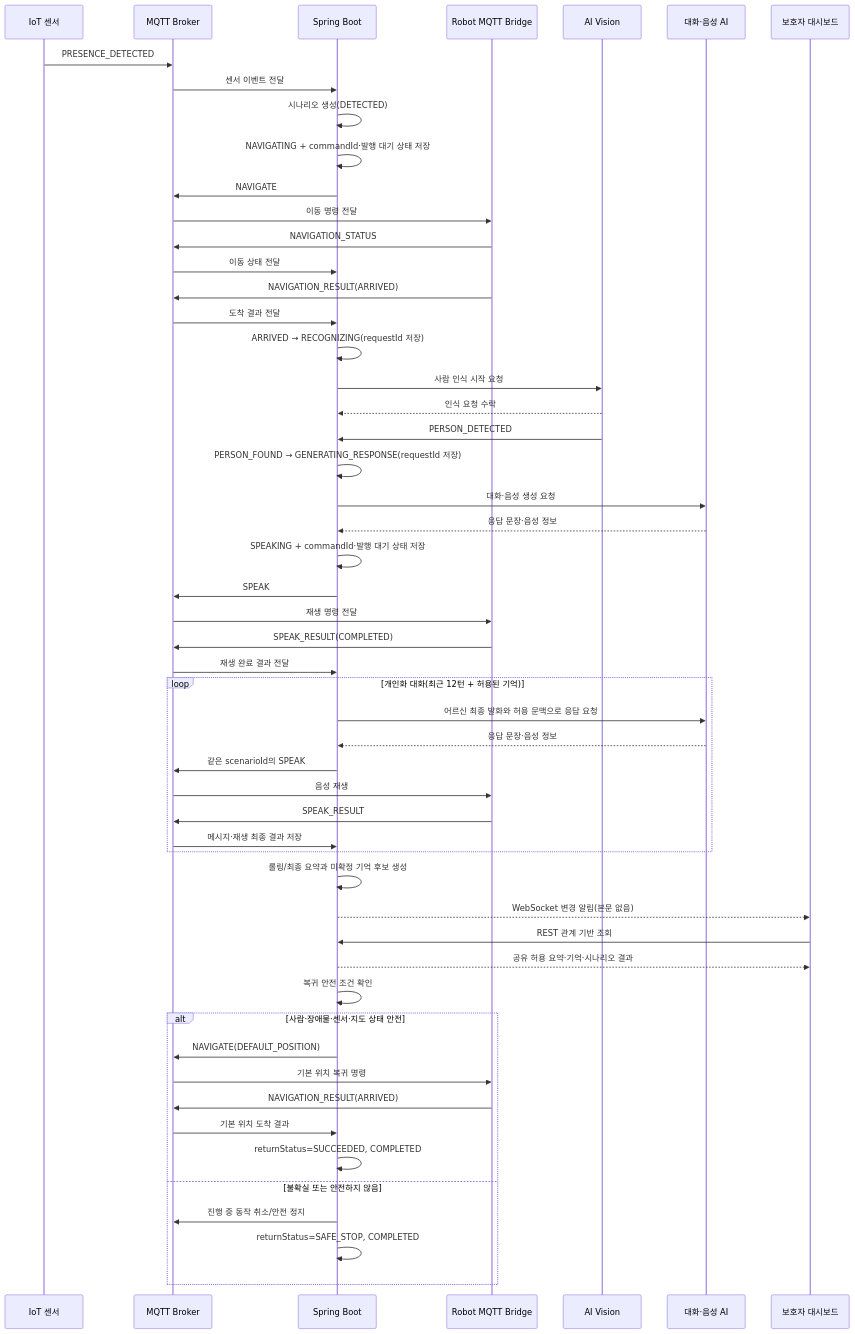
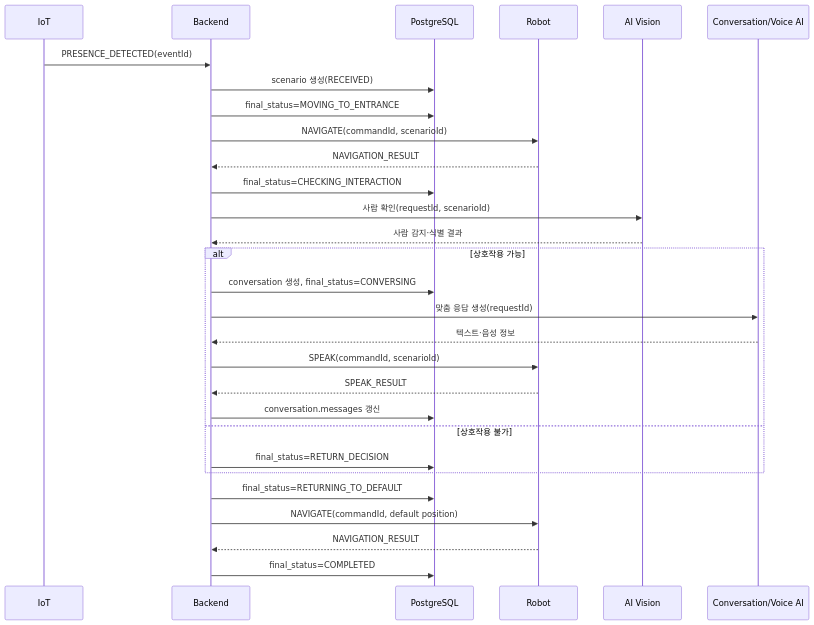
The diagram in docs/scenario/homecoming-welcome.md (bomi-aiot/BOMI), drawn with Mermaid before and after one commit. The commit also changed other lines of this file and 20 other files, not shown here.

Commit message:
docs(db): [S15P11E102-128] ERD 최종 재정의 및 ERD Cloud 기록

````diff
--- a/docs/scenario/homecoming-welcome.md
+++ b/docs/scenario/homecoming-welcome.md
@@ -50,56 +32,35 @@
 ```mermaid
 sequenceDiagram
-    participant IoT as IoT 센서
-    participant MQTT as MQTT Broker
-    participant BE as Spring Boot
-    participant Robot as Robot MQTT Bridge
+    participant IoT
+    participant BE as Backend
+    participant DB as PostgreSQL
+    participant Robot
     participant Vision as AI Vision
-    participant Voice as 대화·음성 AI
-    participant FE as 보호자 대시보드
+    participant Voice as Conversation/Voice AI
 
-    IoT->>MQTT: PRESENCE_DETECTED
-    MQTT->>BE: 센서 이벤트 전달
-    BE->>BE: 시나리오 생성(DETECTED)
-    BE->>BE: NAVIGATING + commandId·발행 대기 상태 저장
-    BE->>MQTT: NAVIGATE
-    MQTT->>Robot: 이동 명령 전달
-    Robot->>MQTT: NAVIGATION_STATUS
-    MQTT->>BE: 이동 상태 전달
-    Robot->>MQTT: NAVIGATION_RESULT(ARRIVED)
-    MQTT->>BE: 도착 결과 전달
-    BE->>BE: ARRIVED → RECOGNIZING(requestId 저장)
-    BE->>Vision: 사람 인식 시작 요청
-    Vision-->>BE: 인식 요청 수락
-    Vision->>BE: PERSON_DETECTED
-    BE->>BE: PERSON_FOUND → GENERATING_RESPONSE(requestId 저장)
-    BE->>Voice: 대화·음성 생성 요청
-    Voice-->>BE: 응답 문장·음성 정보
-    BE->>BE: SPEAKING + commandId·발행 대기 상태 저장
-    BE->>MQTT: SPEAK
-    MQTT->>Robot: 재생 명령 전달
-    Robot->>MQTT: SPEAK_RESULT(COMPLETED)
-    MQTT->>BE: 재생 완료 결과 전달
-    loop 개인화 대화(최근 12턴 + 허용된 기억)
-        BE->>Voice: 어르신 최종 발화와 허용 문맥으로 응답 요청
-        Voice-->>BE: 응답 문장·음성 정보
-        BE->>MQTT: 같은 scenarioId의 SPEAK
-        MQTT->>Robot: 음성 재생
-        Robot->>MQTT: SPEAK_RESULT
-        MQTT->>BE: 메시지·재생 최종 결과 저장
+    IoT->>BE: PRESENCE_DETECTED(eventId)
+    BE->>DB: scenario 생성(RECEIVED)
+    BE->>DB: final_status=MOVING_TO_ENTRANCE
+    BE->>Robot: NAVIGATE(commandId, scenarioId)
+    Robot-->>BE: NAVIGATION_RESULT
+
+    BE->>DB: final_status=CHECKING_INTERACTION
+    BE->>Vision: 사람 확인(requestId, scenarioId)
+    Vision-->>BE: 사람 감지·식별 결과
+
+    alt 상호작용 가능
+        BE->>DB: conversation 생성, final_status=CONVERSING
+        BE->>Voice: 맞춤 응답 생성(requestId)
+        Voice-->>BE: 텍스트·음성 정보
+        BE->>Robot: SPEAK(commandId, scenarioId)
+        Robot-->>BE: SPEAK_RESULT
+        BE->>DB: conversation.messages 갱신
+    else 상호작용 불가
+        BE->>DB: final_status=RETURN_DECISION
     end
-    BE->>BE: 롤링/최종 요약과 미확정 기억 후보 생성
-    BE-->>FE: WebSocket 변경 알림(본문 없음)
-    FE->>BE: REST 관계 기반 조회
-    BE-->>FE: 공유 허용 요약·기억·시나리오 결과
-    BE->>BE: 복귀 안전 조건 확인
-    alt 사람·장애물·센서·지도 상태 안전
-        BE->>MQTT: NAVIGATE(DEFAULT_POSITION)
-        MQTT->>Robot: 기본 위치 복귀 명령
-        Robot->>MQTT: NAVIGATION_RESULT(ARRIVED)
-        MQTT->>BE: 기본 위치 도착 결과
-        BE->>BE: returnStatus=SUCCEEDED, COMPLETED
-    else 불확실 또는 안전하지 않음
-        BE->>MQTT: 진행 중 동작 취소/안전 정지
-        BE->>BE: returnStatus=SAFE_STOP, COMPLETED
-    end
+
+    BE->>DB: final_status=RETURNING_TO_DEFAULT
+    BE->>Robot: NAVIGATE(commandId, default position)
+    Robot-->>BE: NAVIGATION_RESULT
+    BE->>DB: final_status=COMPLETED
 ```
````
